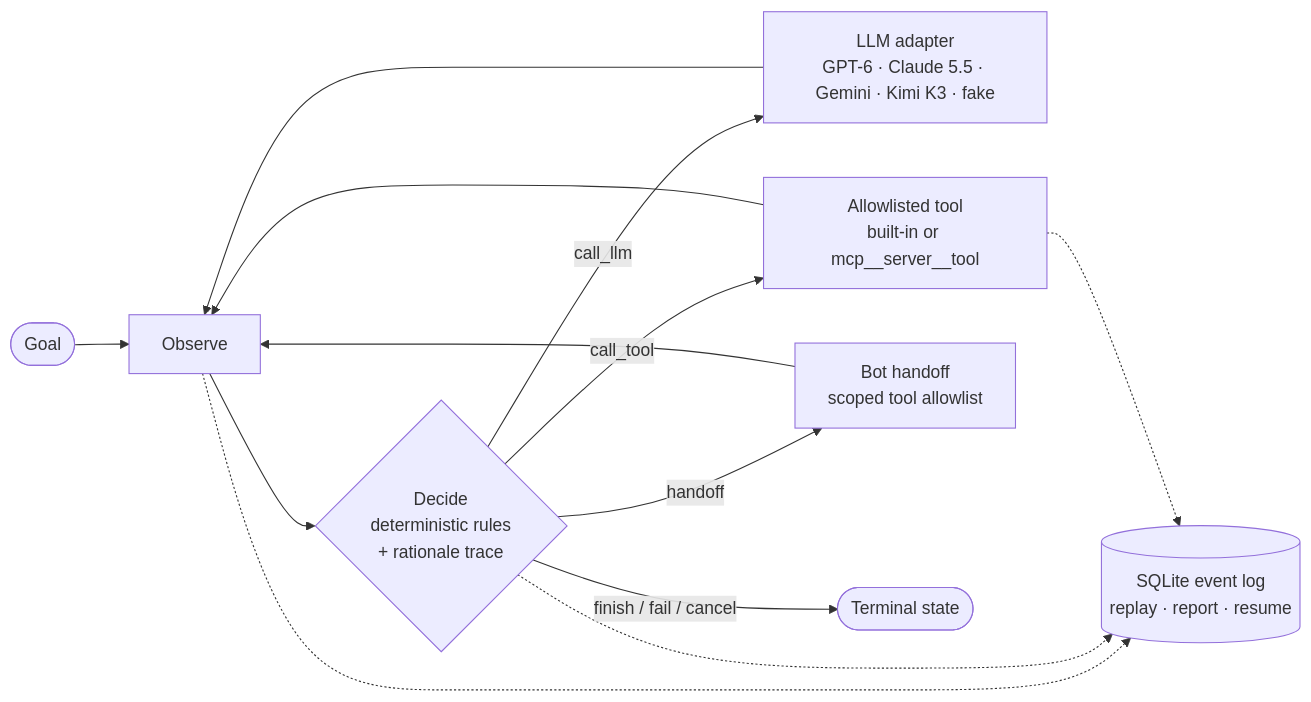
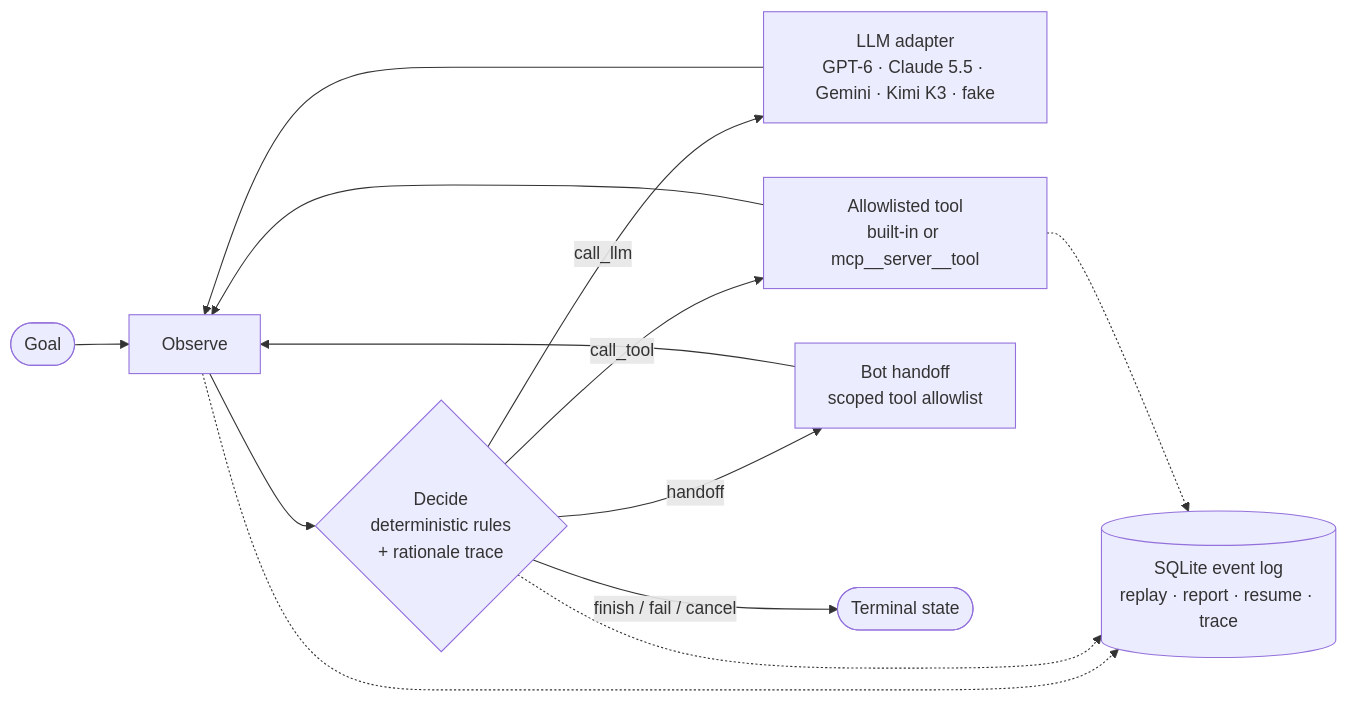
One commit to Francis1998/multi-bot-agentic changed the diagram in README.md. Above: the diagram before and after it, drawn with Mermaid. The commit also changed other lines of this file and 13 other files, not shown here.

````diff
--- a/README.md
+++ b/README.md
@@ -33,15 +36,15 @@
 ```mermaid
 flowchart LR
     goal([Goal]) --> observe[Observe]
     observe --> decide{"Decide<br/>deterministic rules<br/>+ rationale trace"}
     decide -->|call_llm| llm["LLM adapter<br/>GPT-6 · Claude 5.5 · Gemini · Kimi K3 · fake"]
     decide -->|call_tool| tool["Allowlisted tool<br/>built-in or mcp__server__tool"]
     decide -->|handoff| bot["Bot handoff<br/>scoped tool allowlist"]
     decide -->|finish / fail / cancel| done([Terminal state])
     llm --> observe
     tool --> observe
     bot --> observe
-    observe -.-> log[("SQLite event log<br/>replay · report · resume")]
+    observe -.-> log[("SQLite event log<br/>replay · report · resume · trace")]
     decide -.-> log
     tool -.-> log
 ```
````
